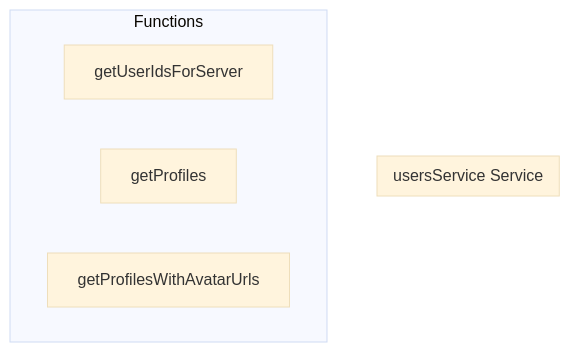
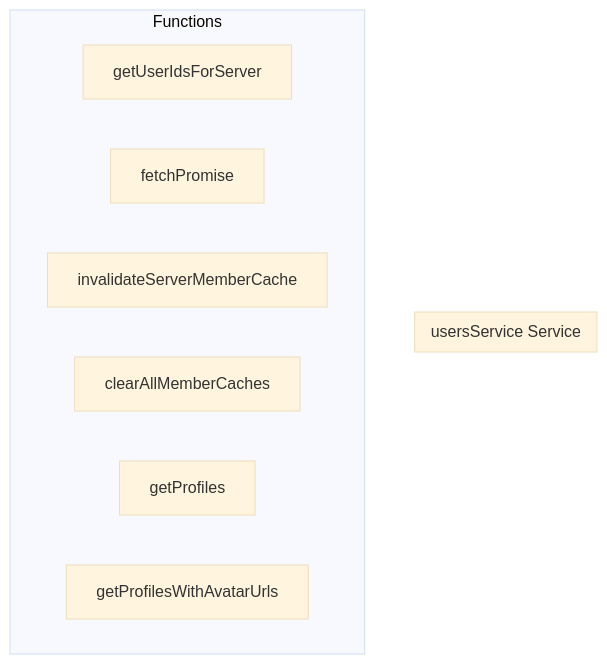
One commit to y4my4my4m/harmony changed the diagram in docs/api/services/usersservice.md. Above: the diagram before and after it, drawn with Mermaid (base theme). The commit also changed other lines of this file and 211 other files, not shown here.

````diff
--- a/docs/api/services/usersservice.md
+++ b/docs/api/services/usersservice.md
@@ -7,11 +7,14 @@
 ```mermaid
 graph TB
     subgraph "usersService Service"
     end
     
     subgraph "Functions"
         FN_GETUSERIDSFORSERVER[getUserIdsForServer]
+        FN_FETCHPROMISE[fetchPromise]
+        FN_INVALIDATESERVERMEMBERCACHE[invalidateServerMemberCache]
+        FN_CLEARALLMEMBERCACHES[clearAllMemberCaches]
         FN_GETPROFILES[getProfiles]
         FN_GETPROFILESWITHAVATARURLS[getProfilesWithAvatarUrls]
     end
 ```
````
